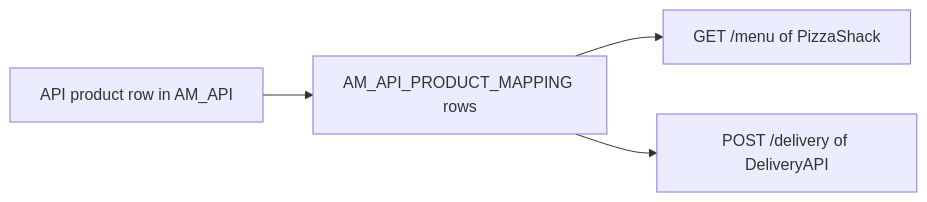
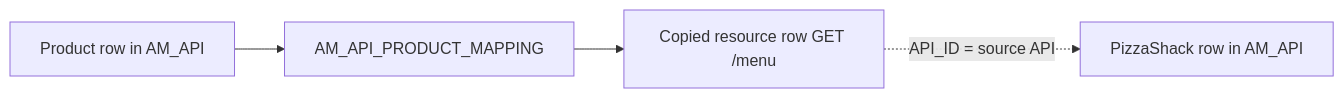
One commit to SaviNimz/apim-db-docs changed the first of 2 diagrams in docs/apim-4/flows/06-api-product.md. Above: the diagram before and after it, drawn with Mermaid. The commit also changed other lines of this file and 55 other files, not shown here.

First line of the commit message:
Verify all core flows against running 3.2.0 and 4.7.0 servers

````diff
--- a/docs/apim-4/flows/06-api-product.md
+++ b/docs/apim-4/flows/06-api-product.md
@@ -12,6 +18,6 @@
 ```mermaid
 flowchart LR
-    P[API product row in AM_API] --> M[AM_API_PRODUCT_MAPPING rows]
-    M --> U1[GET /menu of PizzaShack]
-    M --> U2[POST /delivery of DeliveryAPI]
+    P[Product row in AM_API] --> M[AM_API_PRODUCT_MAPPING]
+    M --> C[Copied resource row GET /menu]
+    C -.->|"API_ID = source API"| S[PizzaShack row in AM_API]
 ```
````
